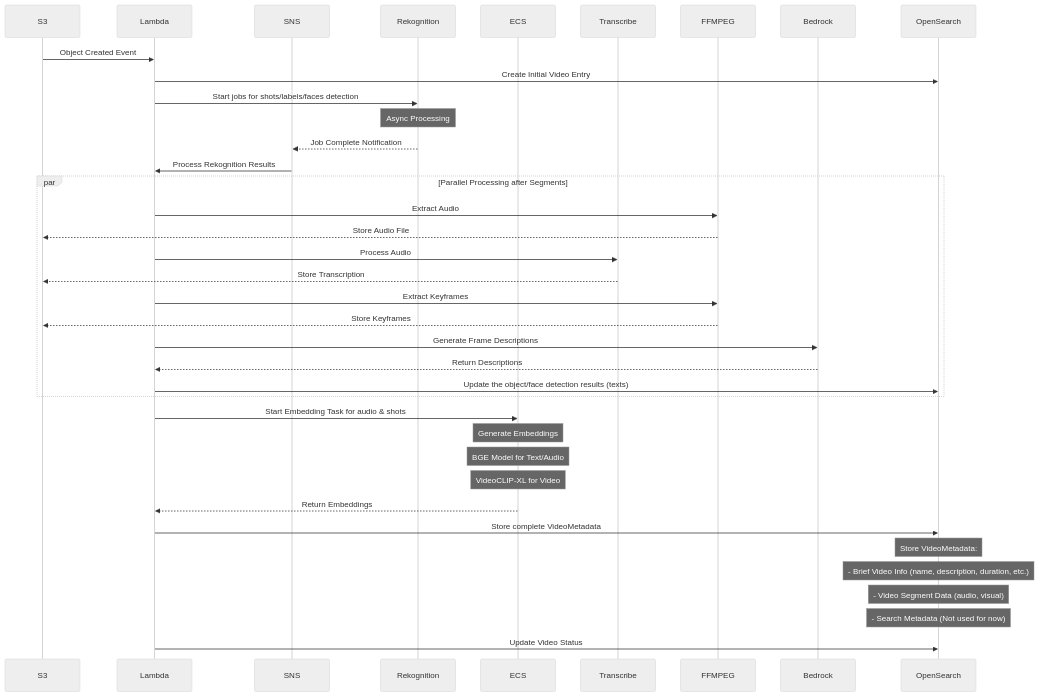
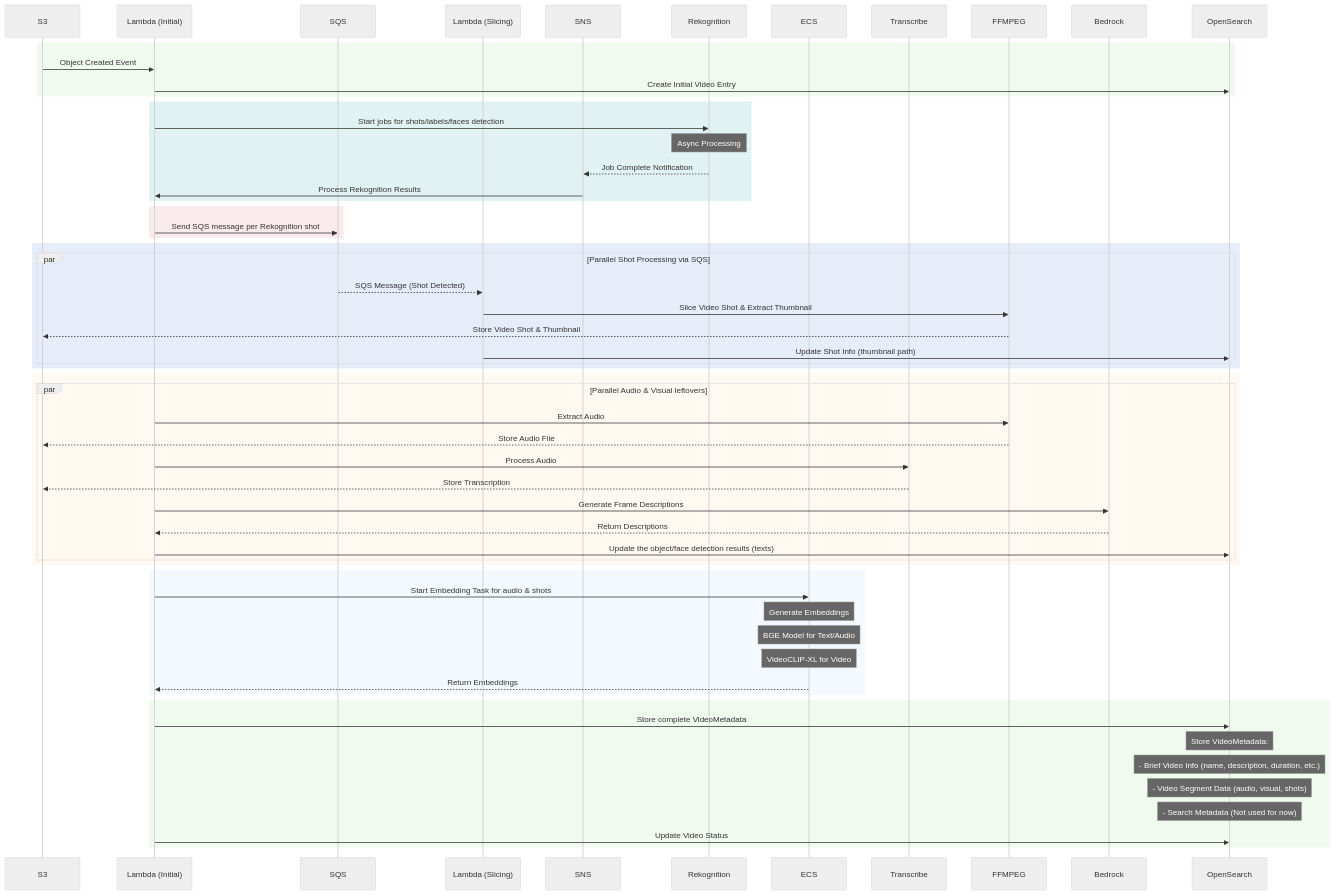
The second of 5 diagrams in README.md (yike5460/shortvideo-online), drawn with Mermaid (neutral theme) before and after one commit. The commit also changed other lines of this file, not shown here.

````diff
--- a/README.md
+++ b/README.md
@@ -317,56 +403,81 @@
 ```mermaid
 sequenceDiagram
     participant S3
-    participant Lambda
+    participant Lambda_Initial as Lambda (Initial)
+    participant SQS
+    participant Lambda_Slicing as Lambda (Slicing)
     participant SNS
     participant Rekognition
     participant ECS
     participant Transcribe
     participant FFMPEG
     participant Bedrock
     participant OpenSearch
 
+    rect rgb(241, 250, 238)
     %% Initial S3 Event Trigger
-    S3->>Lambda: Object Created Event
-    Lambda->>OpenSearch: Create Initial Video Entry
-    
+    S3->>Lambda_Initial: Object Created Event
+    Lambda_Initial->>OpenSearch: Create Initial Video Entry
+    end
+
+    rect rgb(224, 242, 241)
     %% Start Rekognition Jobs
-    Lambda->>Rekognition: Start jobs for shots/labels/faces detection
+    Lambda_Initial->>Rekognition: Start jobs for shots/labels/faces detection
     Note over Rekognition: Async Processing
     Rekognition-->>SNS: Job Complete Notification
-    SNS->>Lambda: Process Rekognition Results
-    
-    %% Parallel Processing after Segments
-    par Parallel Processing after Segments
-        %% Audio Processing (FFMPEG + Transcribe)
-        Lambda->>FFMPEG: Extract Audio
-        FFMPEG-->>S3: Store Audio File
-        Lambda->>Transcribe: Process Audio
-        Transcribe-->>S3: Store Transcription
-        
-        %% Visual Processing for keyframes and description (FFMPEG + Bedrock)
-        Lambda->>FFMPEG: Extract Keyframes
-        FFMPEG-->>S3: Store Keyframes
-        Lambda->>Bedrock: Generate Frame Descriptions
-        Bedrock-->>Lambda: Return Descriptions
-        
-        %% Visual Processing for shots & object & face detection (Rekognition)
-        Lambda->>OpenSearch: Update the object/face detection results (texts)
+    SNS->>Lambda_Initial: Process Rekognition Results
     end
 
+    rect rgb(249, 234, 235)
+    %% SQS Message for Each Shot
+    Lambda_Initial->>SQS: Send SQS message per Rekognition shot
+    end
+
+    rect rgb(230, 237, 249)
+    %% Parallel Processing after Shots via SQS
+    par Parallel Shot Processing via SQS
+        SQS-->>Lambda_Slicing: SQS Message (Shot Detected)
+        Lambda_Slicing->>FFMPEG: Slice Video Shot & Extract Thumbnail
+        FFMPEG-->>S3: Store Video Shot & Thumbnail
+        Lambda_Slicing->>OpenSearch: Update Shot Info (thumbnail path)
+    end
+    end
+
+    rect rgb(255, 249, 242)
+    %% Parallel Audio & Visual leftovers
+    par Parallel Audio & Visual leftovers
+        %% Audio Processing (FFMPEG + Transcribe)
+        Lambda_Initial->>FFMPEG: Extract Audio
+        FFMPEG-->>S3: Store Audio File
+        Lambda_Initial->>Transcribe: Process Audio
+        Transcribe-->>S3: Store Transcription
+
+        %% Visual Processing for video description (FFMPEG + Bedrock)
+        Lambda_Initial->>Bedrock: Generate Frame Descriptions
+        Bedrock-->>Lambda_Initial: Return Descriptions
+
+        %% Visual Processing for object & face detection (Rekognition)
+        Lambda_Initial->>OpenSearch: Update the object/face detection results (texts)
+    end
+    end
+
+    rect rgb(243, 249, 255)
     %% Embedding Generation
-    Lambda->>ECS: Start Embedding Task for audio & shots
+    Lambda_Initial->>ECS: Start Embedding Task for audio & shots
     Note over ECS: Generate Embeddings
         note over ECS: BGE Model for Text/Audio
         note over ECS: VideoCLIP-XL for Video
-    ECS-->>Lambda: Return Embeddings
-    
+    ECS-->>Lambda_Initial: Return Embeddings
+    end
+
+    rect rgb(241, 250, 238)
     %% Final Processing
-    Lambda->>OpenSearch: Store complete VideoMetadata
+    Lambda_Initial->>OpenSearch: Store complete VideoMetadata
         note over OpenSearch: Store VideoMetadata:
         note over OpenSearch: - Brief Video Info (name, description, duration, etc.)
-        note over OpenSearch: - Video Segment Data (audio, visual)
+        note over OpenSearch: - Video Segment Data (audio, visual, shots)
         note over OpenSearch: - Search Metadata (Not used for now)
-    
-    Lambda->>OpenSearch: Update Video Status
+
+    Lambda_Initial->>OpenSearch: Update Video Status
+    end
 ```
````
